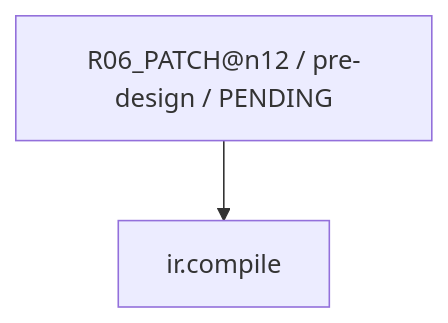
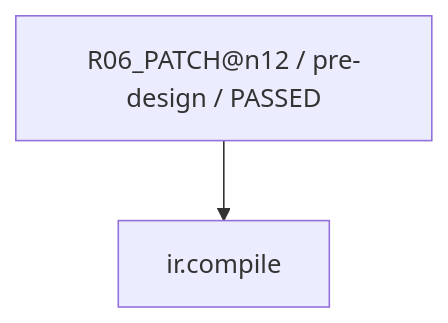
Diagram 28 of 45 in work/items/W-MATH-036-ne02-n11-n12-guided-design/generated/CAPABILITY_FIRE_DIAGRAM.md (rrikunagasige-dot/kyotsu-step-web), drawn with Mermaid before and after one commit. The commit also changed other lines of this file and 17 other files, not shown here.

````diff
--- a/work/items/W-MATH-036-ne02-n11-n12-guided-design/generated/CAPABILITY_FIRE_DIAGRAM.md
+++ b/work/items/W-MATH-036-ne02-n11-n12-guided-design/generated/CAPABILITY_FIRE_DIAGRAM.md
@@ -460,6 +460,6 @@
 ```mermaid
 flowchart TD
-  N0["R06_PATCH@n12 / pre-design / PENDING"]
+  N0["R06_PATCH@n12 / pre-design / PASSED"]
   N1["ir.compile"]
   N0 --> N1
 ```
````
